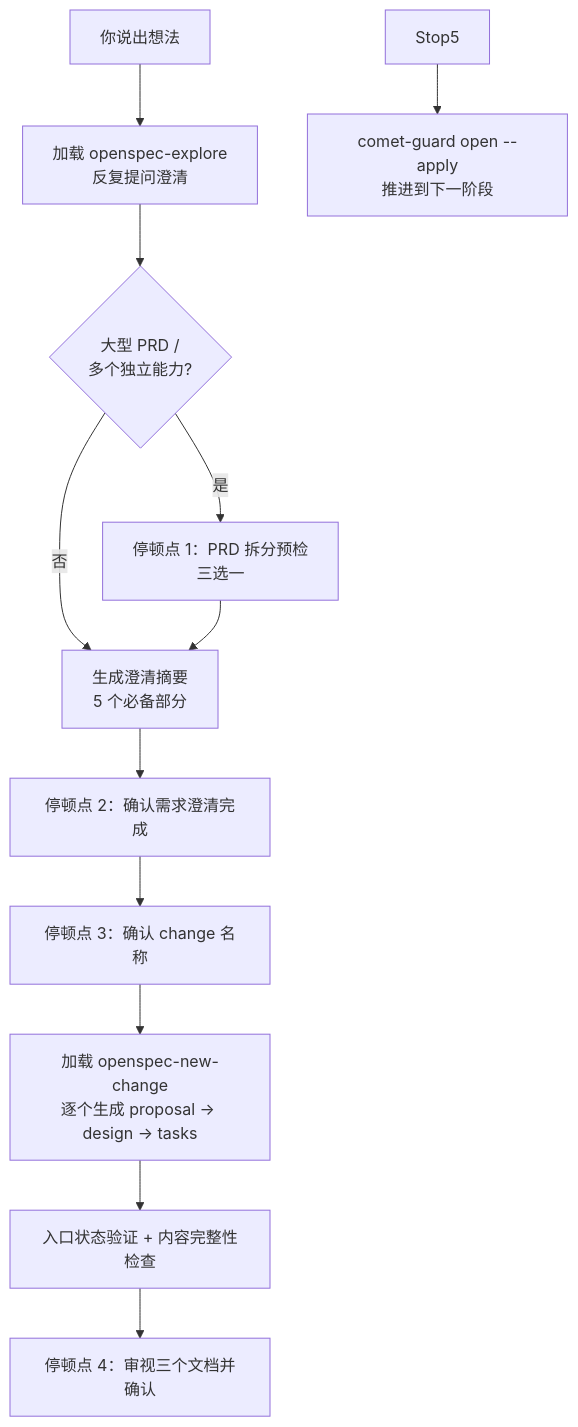
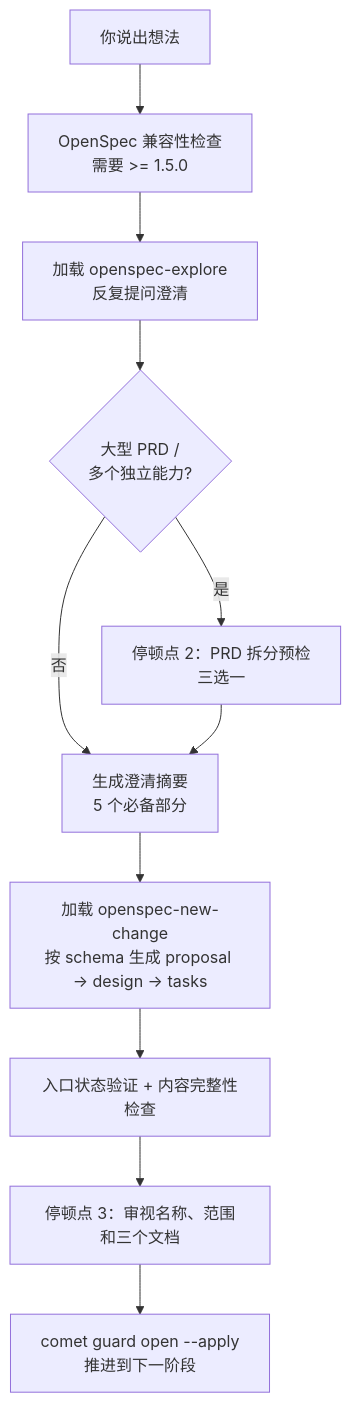
Before and after one commit to rpamis/comet-website-docs: the diagram in zh/phases/open.mdx, drawn with Mermaid. The commit also changed other lines of this file and 17 other files, not shown here.

````diff
--- a/zh/phases/open.mdx
+++ b/zh/phases/open.mdx
@@ -42,14 +42,13 @@
 ```mermaid
 flowchart TD
-    Start["你说出想法"] --> S1["加载 openspec-explore<br/>反复提问澄清"]
+    Start["你说出想法"] --> Chk["OpenSpec 兼容性检查<br/>需要 >= 1.5.0"]
+    Chk --> S1["加载 openspec-explore<br/>反复提问澄清"]
     S1 --> S1a{"大型 PRD /<br/>多个独立能力?"}
-    S1a -->|是| Stop1["停顿点 1：PRD 拆分预检<br/>三选一"]
+    S1a -->|是| Stop1["停顿点 2：PRD 拆分预检<br/>三选一"]
     S1a -->|否| S1sum["生成澄清摘要<br/>5 个必备部分"]
     Stop1 --> S1sum
-    S1sum --> Stop2["停顿点 2：确认需求澄清完成"]
-    Stop2 --> Stop3["停顿点 3：确认 change 名称"]
-    Stop3 --> S2["加载 openspec-new-change<br/>逐个生成 proposal → design → tasks"]
+    S1sum --> S2["加载 openspec-new-change<br/>按 schema 生成 proposal → design → tasks"]
     S2 --> S3["入口状态验证 + 内容完整性检查"]
-    S3 --> Stop4["停顿点 4：审视三个文档并确认"]
-    Stop5 --> Exit["comet-guard open --apply<br/>推进到下一阶段"]
+    S3 --> Stop3["停顿点 3：审视名称、范围和三个文档"]
+    Stop3 --> Exit["comet guard open --apply<br/>推进到下一阶段"]
 ```
````
